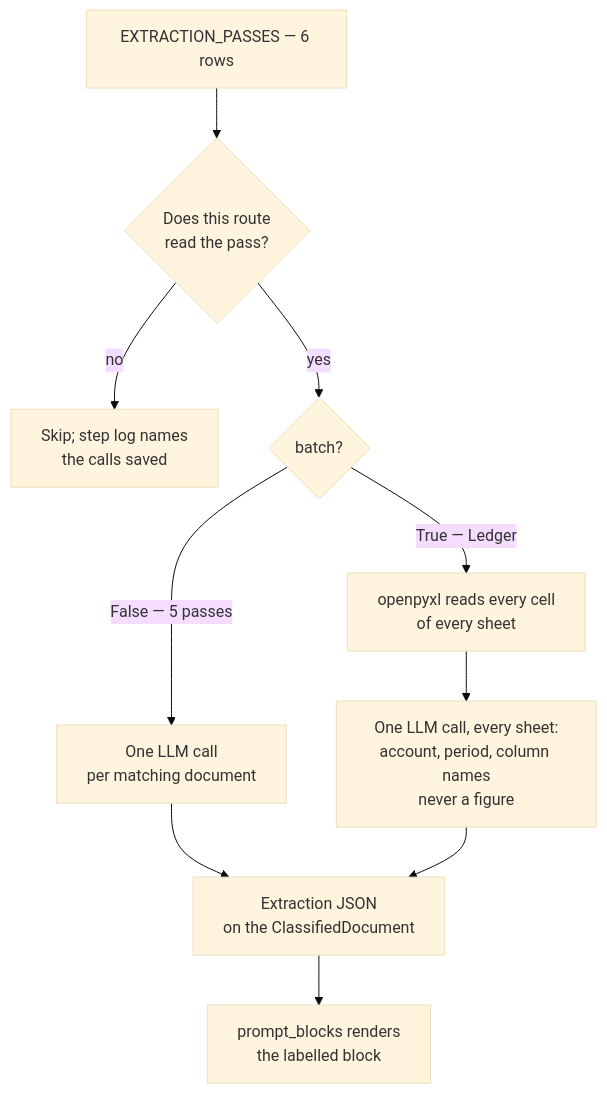
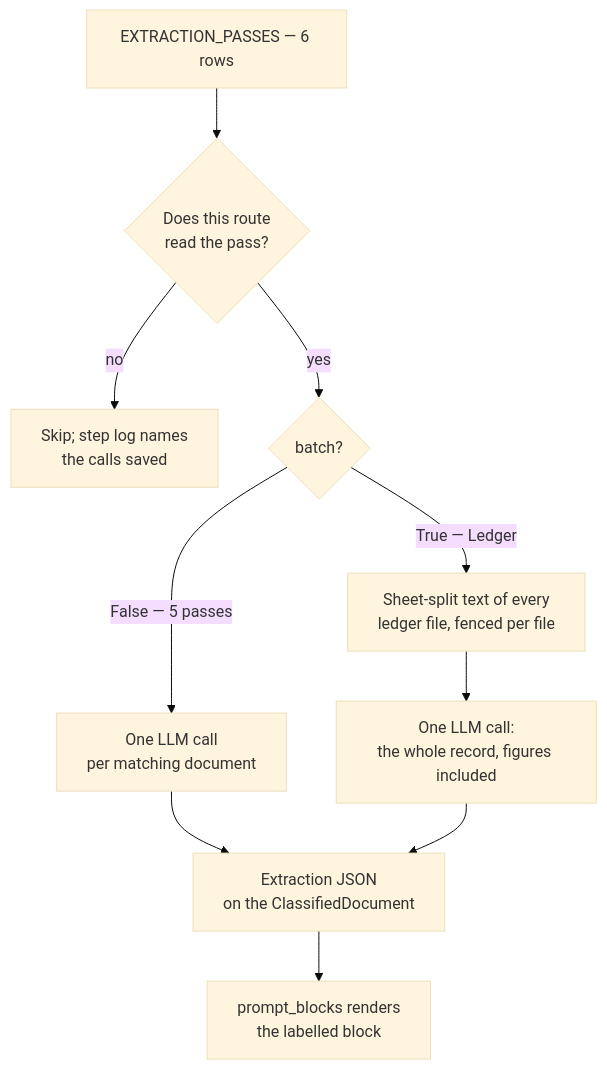
The eighth of 11 diagrams in docs/technical-solution.md (hodongtu/SME-creditmemo-multi-agent), drawn with Mermaid (base theme) before and after one commit. The commit also changed other lines of this file and 9 other files, not shown here.

````diff
--- a/docs/technical-solution.md
+++ b/docs/technical-solution.md
@@ -494,12 +528,12 @@
 ```mermaid
 flowchart TD
     A["EXTRACTION_PASSES — 6 rows"] --> B{"Does this route<br/>read the pass?"}
     B -->|no| C["Skip; step log names<br/>the calls saved"]
     B -->|yes| D{"batch?"}
     D -->|"False — 5 passes"| E["One LLM call<br/>per matching document"]
-    D -->|"True — Ledger"| F["openpyxl reads every cell<br/>of every sheet"]
-    F --> I["One LLM call, every sheet:<br/>account, period, column names<br/>never a figure"]
+    D -->|"True — Ledger"| F["Sheet-split text of every<br/>ledger file, fenced per file"]
+    F --> I["One LLM call:<br/>the whole record, figures included"]
     E --> J["Extraction JSON<br/>on the ClassifiedDocument"]
     I --> J
     J --> K["prompt_blocks renders<br/>the labelled block"]
 ```
````
